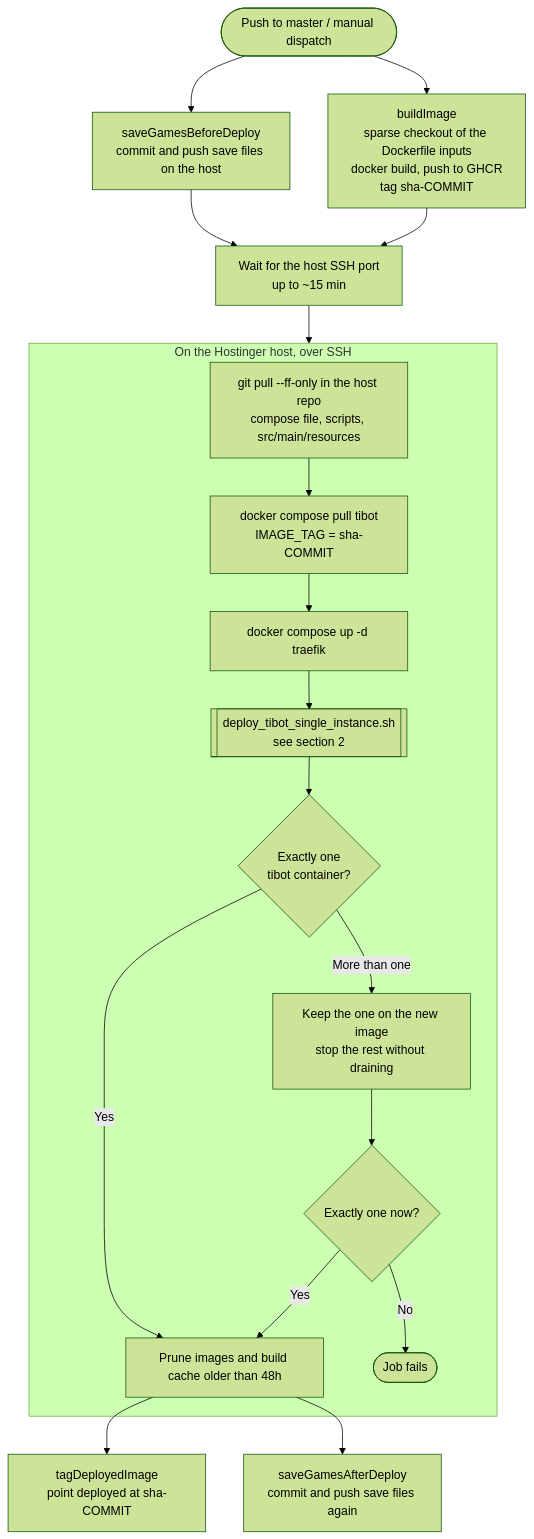
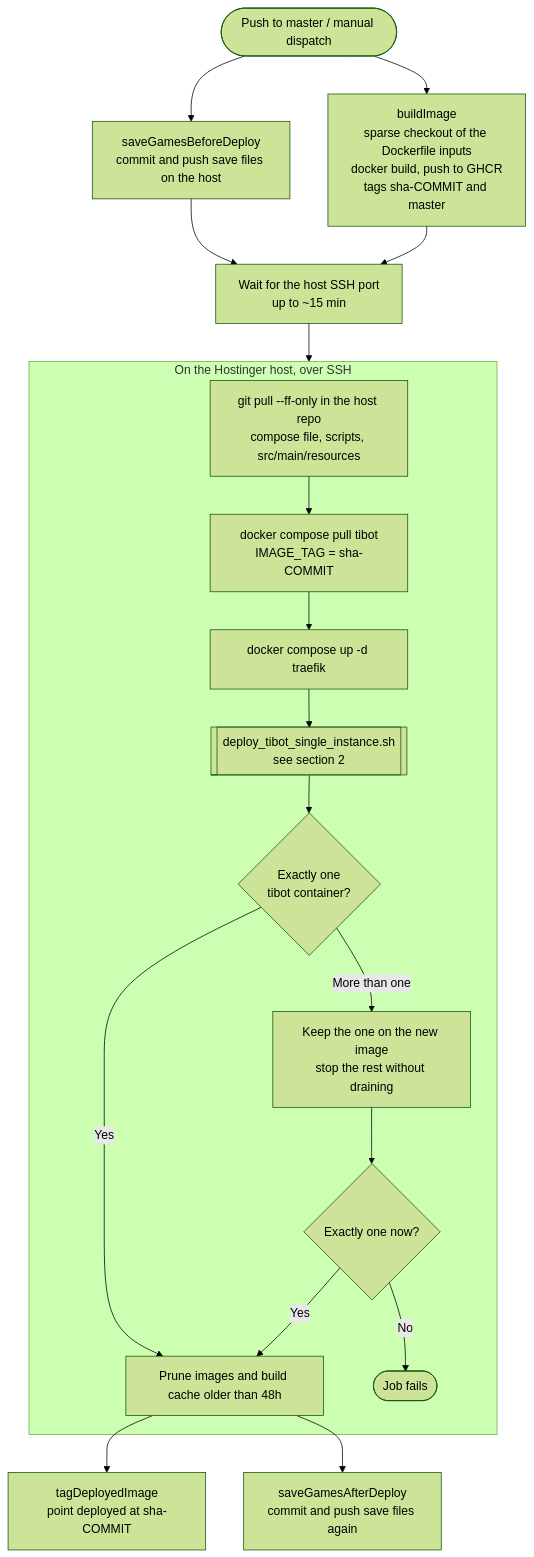
One commit to AsyncTI4/TI4_map_generator_bot changed the first of 5 diagrams in DEPLOYMENT.md. Above: the diagram before and after it, drawn with Mermaid (forest theme). The commit also changed other lines of this file and 1 other file, not shown here.

First line of the commit message:
Keep tagging the latest master build as :master

````diff
--- a/DEPLOYMENT.md
+++ b/DEPLOYMENT.md
@@ -24,24 +24,24 @@
 ```mermaid
 flowchart TD
     push([Push to master / manual dispatch]) --> backup1[saveGamesBeforeDeploy<br/>commit and push save files on the host]
-    push --> build["buildImage<br/>sparse checkout of the Dockerfile inputs<br/>docker build, push to GHCR<br/>tag sha-COMMIT"]
+    push --> build["buildImage<br/>sparse checkout of the Dockerfile inputs<br/>docker build, push to GHCR<br/>tags sha-COMMIT and master"]
     backup1 --> ssh[Wait for the host SSH port<br/>up to ~15 min]
     build --> ssh
     ssh --> remote
 
     subgraph remote [On the Hostinger host, over SSH]
         pull["git pull --ff-only in the host repo<br/>compose file, scripts, src/main/resources"]
         pull --> img["docker compose pull tibot<br/>IMAGE_TAG = sha-COMMIT"]
         img --> traefik[docker compose up -d traefik]
         traefik --> rollout[["deploy_tibot_single_instance.sh<br/>see section 2"]]
         rollout --> verify{Exactly one<br/>tibot container?}
         verify -->|More than one| extras["Keep the one on the new image<br/>stop the rest without draining"]
         extras --> verify2{Exactly one now?}
         verify -->|Yes| prune[Prune images and build cache older than 48h]
         verify2 -->|Yes| prune
         verify2 -->|No| fail([Job fails])
     end
 
     prune --> tag["tagDeployedImage<br/>point deployed at sha-COMMIT"]
     prune --> backup2[saveGamesAfterDeploy<br/>commit and push save files again]
 ```
````
